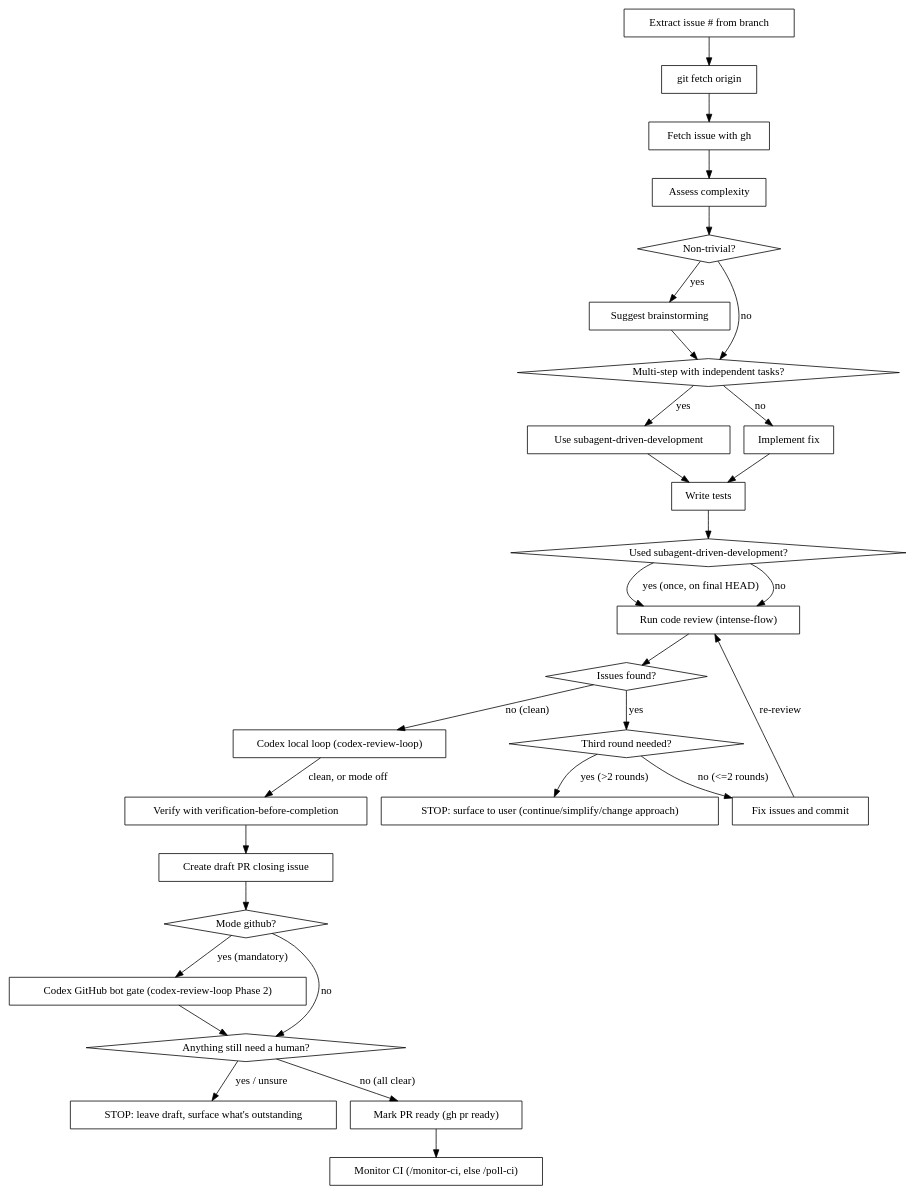
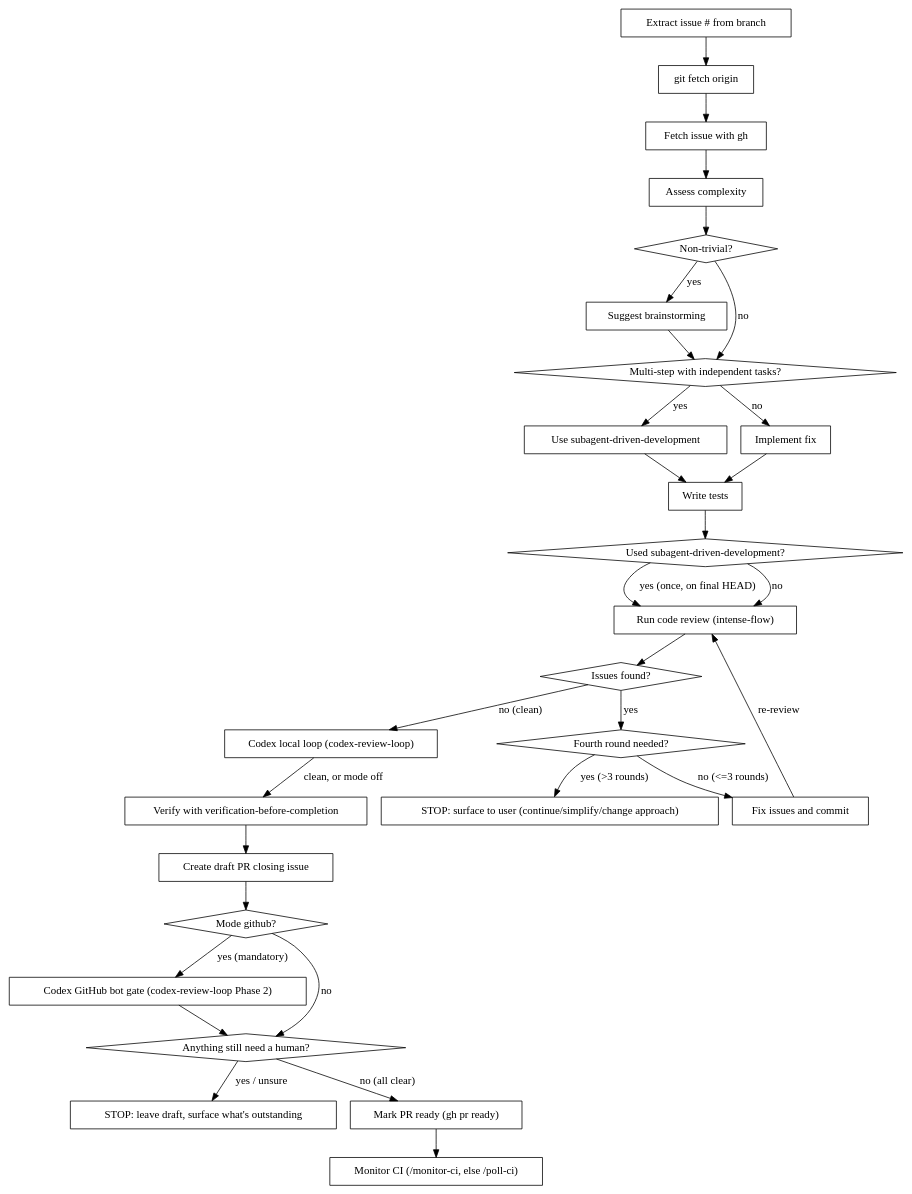
Before and after one commit to oalders/kitchen-sink: the diagram in commands/fix-gh-issue.md, drawn with Graphviz. The commit also changed other lines of this file and 4 other files, not shown here.

````diff
--- a/commands/fix-gh-issue.md
+++ b/commands/fix-gh-issue.md
@@ -62,59 +62,59 @@
 ```dot
 digraph fix_issue {
     "Extract issue # from branch" [shape=box];
     "git fetch origin" [shape=box];
     "Fetch issue with gh" [shape=box];
     "Assess complexity" [shape=box];
     "Non-trivial?" [shape=diamond];
     "Suggest brainstorming" [shape=box];
     "Multi-step with independent tasks?" [shape=diamond];
     "Use subagent-driven-development" [shape=box];
     "Implement fix" [shape=box];
     "Write tests" [shape=box];
     "Used subagent-driven-development?" [shape=diamond];
     "Run code review (intense-flow)" [shape=box];
     "Issues found?" [shape=diamond];
-    "Third round needed?" [shape=diamond];
+    "Fourth round needed?" [shape=diamond];
     "STOP: surface to user (continue/simplify/change approach)" [shape=box];
     "Fix issues and commit" [shape=box];
     "Codex local loop (codex-review-loop)" [shape=box];
     "Verify with verification-before-completion" [shape=box];
     "Create draft PR closing issue" [shape=box];
     "Mode github?" [shape=diamond];
     "Codex GitHub bot gate (codex-review-loop Phase 2)" [shape=box];
     "Anything still need a human?" [shape=diamond];
     "STOP: leave draft, surface what's outstanding" [shape=box];
     "Mark PR ready (gh pr ready)" [shape=box];
     "Monitor CI (/monitor-ci, else /poll-ci)" [shape=box];
 
     "Extract issue # from branch" -> "git fetch origin";
     "git fetch origin" -> "Fetch issue with gh";
     "Fetch issue with gh" -> "Assess complexity";
     "Assess complexity" -> "Non-trivial?";
     "Non-trivial?" -> "Suggest brainstorming" [label="yes"];
     "Non-trivial?" -> "Multi-step with independent tasks?" [label="no"];
     "Suggest brainstorming" -> "Multi-step with independent tasks?";
     "Multi-step with independent tasks?" -> "Use subagent-driven-development" [label="yes"];
     "Multi-step with independent tasks?" -> "Implement fix" [label="no"];
     "Use subagent-driven-development" -> "Write tests";
     "Implement fix" -> "Write tests";
     "Write tests" -> "Used subagent-driven-development?";
     "Used subagent-driven-development?" -> "Run code review (intense-flow)" [label="yes (once, on final HEAD)"];
     "Used subagent-driven-development?" -> "Run code review (intense-flow)" [label="no"];
     "Run code review (intense-flow)" -> "Issues found?" [shape=diamond];
-    "Issues found?" -> "Third round needed?" [label="yes"];
-    "Third round needed?" -> "STOP: surface to user (continue/simplify/change approach)" [label="yes (>2 rounds)"];
-    "Third round needed?" -> "Fix issues and commit" [label="no (<=2 rounds)"];
+    "Issues found?" -> "Fourth round needed?" [label="yes"];
+    "Fourth round needed?" -> "STOP: surface to user (continue/simplify/change approach)" [label="yes (>3 rounds)"];
+    "Fourth round needed?" -> "Fix issues and commit" [label="no (<=3 rounds)"];
     "Fix issues and commit" -> "Run code review (intense-flow)" [label="re-review"];
     "Issues found?" -> "Codex local loop (codex-review-loop)" [label="no (clean)"];
     "Codex local loop (codex-review-loop)" -> "Verify with verification-before-completion" [label="clean, or mode off"];
     "Verify with verification-before-completion" -> "Create draft PR closing issue";
     "Create draft PR closing issue" -> "Mode github?";
     "Mode github?" -> "Codex GitHub bot gate (codex-review-loop Phase 2)" [label="yes (mandatory)"];
     "Mode github?" -> "Anything still need a human?" [label="no"];
     "Codex GitHub bot gate (codex-review-loop Phase 2)" -> "Anything still need a human?";
     "Anything still need a human?" -> "STOP: leave draft, surface what's outstanding" [label="yes / unsure"];
     "Anything still need a human?" -> "Mark PR ready (gh pr ready)" [label="no (all clear)"];
     "Mark PR ready (gh pr ready)" -> "Monitor CI (/monitor-ci, else /poll-ci)";
 }
 ```
````
